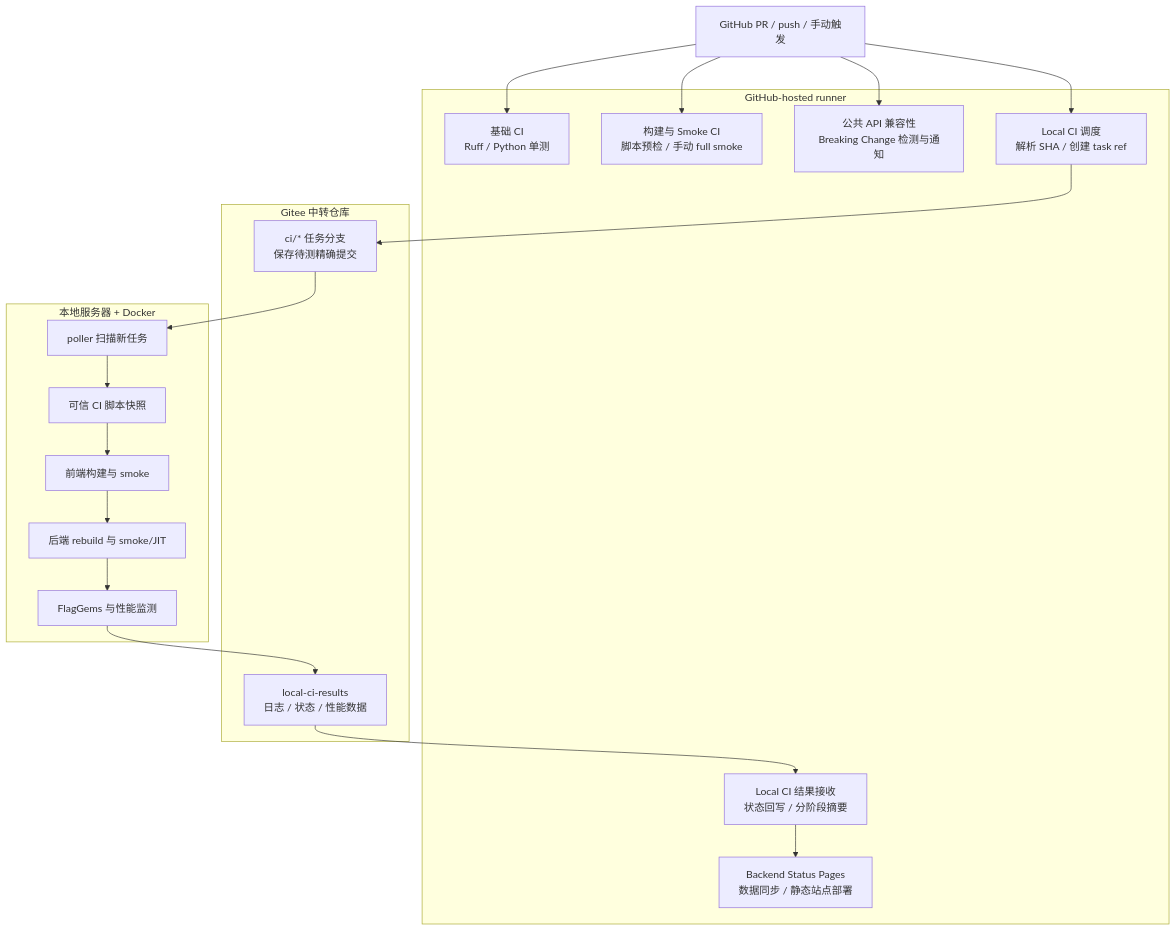
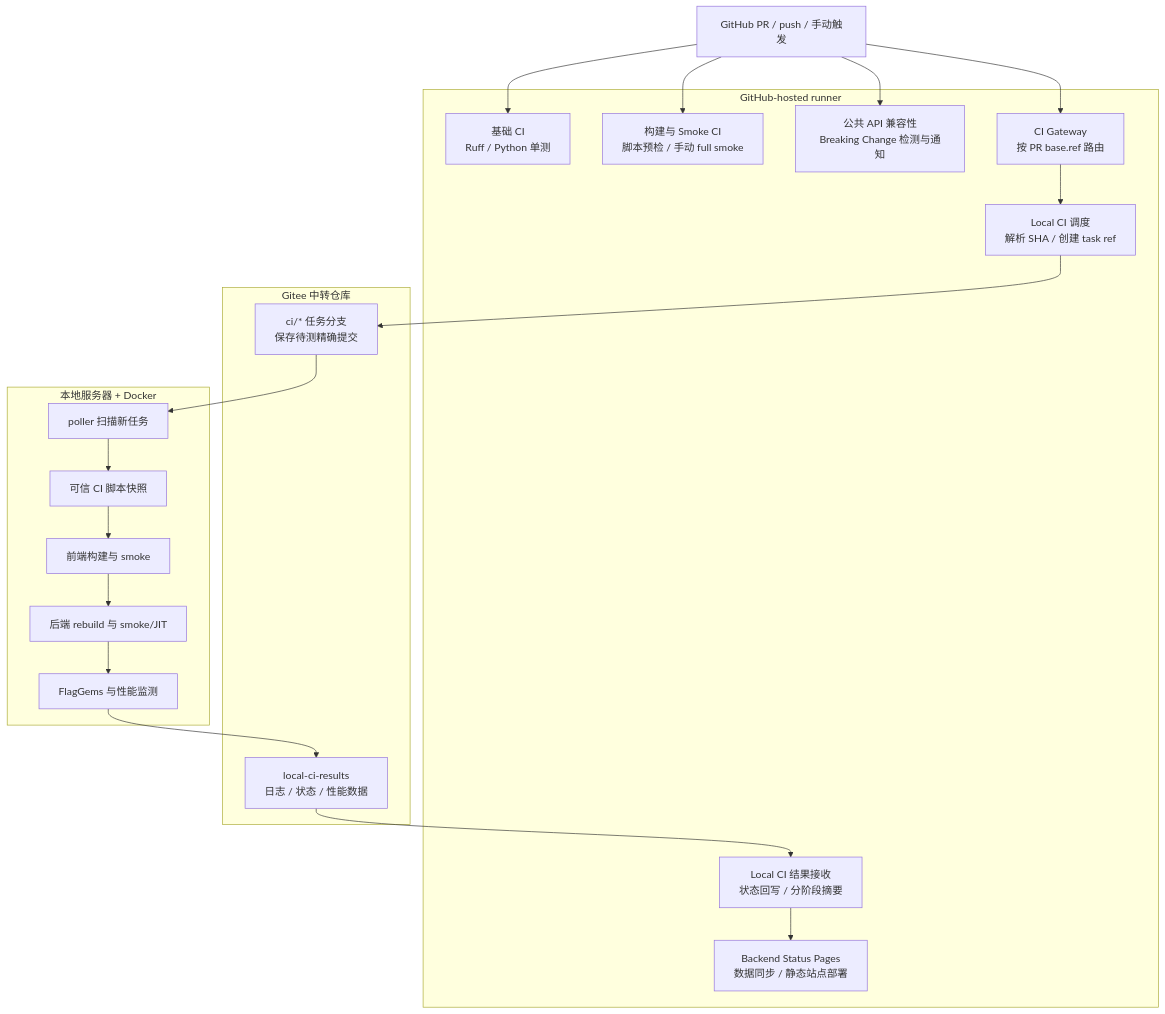
Before and after one commit to likehupochuan/triton-anchor: the first of 3 diagrams in docs/ci_guide_zh.md, drawn with Mermaid. The commit also changed other lines of this file and 13 other files, not shown here.

````diff
--- a/docs/ci_guide_zh.md
+++ b/docs/ci_guide_zh.md
@@ -31,35 +31,36 @@
 ```mermaid
 flowchart TB
   A["GitHub PR / push / 手动触发"]
 
   subgraph GitHub["GitHub-hosted runner"]
     B["基础 CI<br/>Ruff / Python 单测"]
     C["构建与 Smoke CI<br/>脚本预检 / 手动 full smoke"]
     D["公共 API 兼容性<br/>Breaking Change 检测与通知"]
+    R["CI Gateway<br/>按 PR base.ref 路由"]
     E["Local CI 调度<br/>解析 SHA / 创建 task ref"]
     F["Local CI 结果接收<br/>状态回写 / 分阶段摘要"]
     G["Backend Status Pages<br/>数据同步 / 静态站点部署"]
   end
 
   subgraph Relay["Gitee 中转仓库"]
     H["ci/* 任务分支<br/>保存待测精确提交"]
     I["local-ci-results<br/>日志 / 状态 / 性能数据"]
   end
 
   subgraph Local["本地服务器 + Docker"]
     J["poller 扫描新任务"]
     K["可信 CI 脚本快照"]
     L["前端构建与 smoke"]
     M["后端 rebuild 与 smoke/JIT"]
     N["FlagGems 与性能监测"]
   end
 
   A --> B
   A --> C
   A --> D
-  A --> E
+  A --> R --> E
   E --> H
   H --> J --> K --> L --> M --> N --> I
   I --> F
   F --> G
 ```
````
